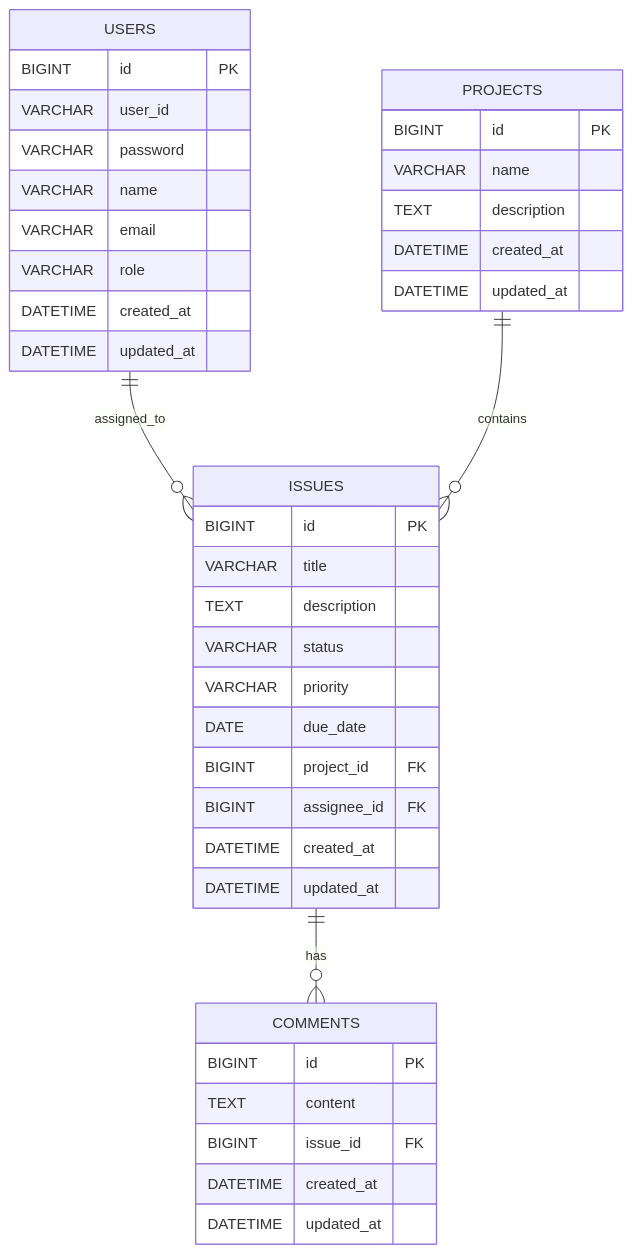
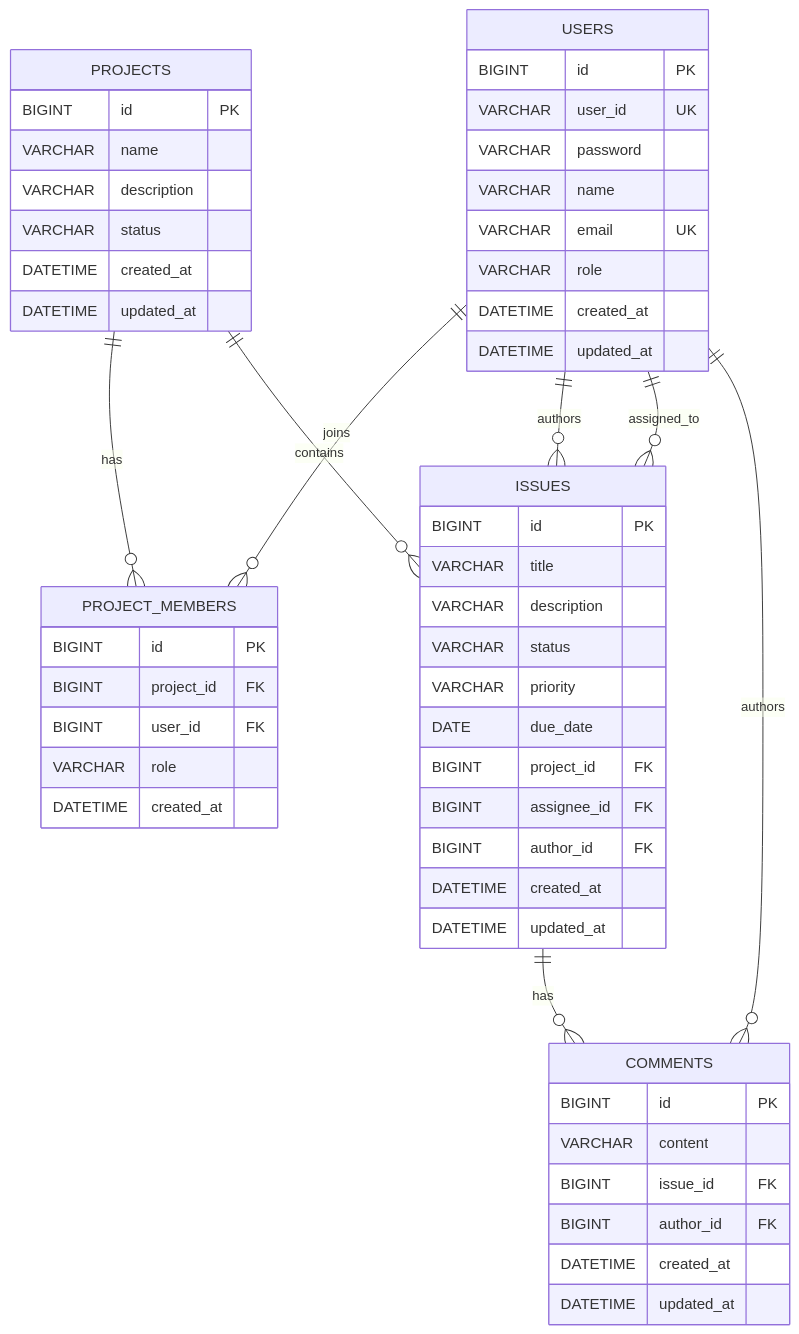
The diagram in docs/erd.md (KiBeomLee16/IssueTracker), drawn with Mermaid before and after one commit. The commit also changed other lines of this file and 3 other files, not shown here.

````diff
--- a/docs/erd.md
+++ b/docs/erd.md
@@ -7,46 +7,61 @@
 ```mermaid
 erDiagram
+    USERS ||--o{ PROJECT_MEMBERS : joins
+    PROJECTS ||--o{ PROJECT_MEMBERS : has
+    PROJECTS ||--o{ ISSUES : contains
+    USERS ||--o{ ISSUES : authors
     USERS ||--o{ ISSUES : assigned_to
-    PROJECTS ||--o{ ISSUES : contains
     ISSUES ||--o{ COMMENTS : has
+    USERS ||--o{ COMMENTS : authors
 
     USERS {
         BIGINT id PK
-        VARCHAR user_id
+        VARCHAR user_id UK
         VARCHAR password
         VARCHAR name
-        VARCHAR email
+        VARCHAR email UK
         VARCHAR role
         DATETIME created_at
         DATETIME updated_at
     }
 
     PROJECTS {
         BIGINT id PK
         VARCHAR name
-        TEXT description
+        VARCHAR description
+        VARCHAR status
         DATETIME created_at
         DATETIME updated_at
+    }
+
+    PROJECT_MEMBERS {
+        BIGINT id PK
+        BIGINT project_id FK
+        BIGINT user_id FK
+        VARCHAR role
+        DATETIME created_at
     }
 
     ISSUES {
         BIGINT id PK
         VARCHAR title
-        TEXT description
+        VARCHAR description
         VARCHAR status
         VARCHAR priority
         DATE due_date
         BIGINT project_id FK
         BIGINT assignee_id FK
+        BIGINT author_id FK
         DATETIME created_at
         DATETIME updated_at
     }
 
     COMMENTS {
         BIGINT id PK
-        TEXT content
+        VARCHAR content
         BIGINT issue_id FK
+        BIGINT author_id FK
         DATETIME created_at
         DATETIME updated_at
     }
 ```
````
